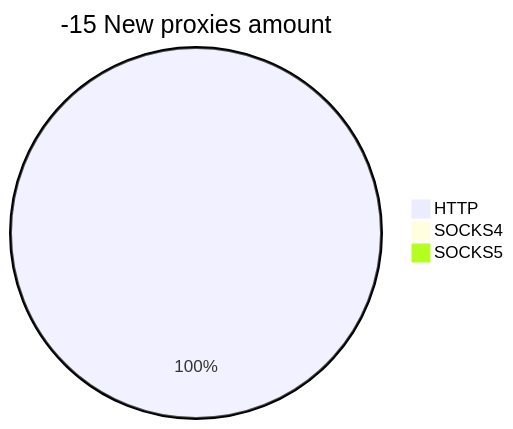
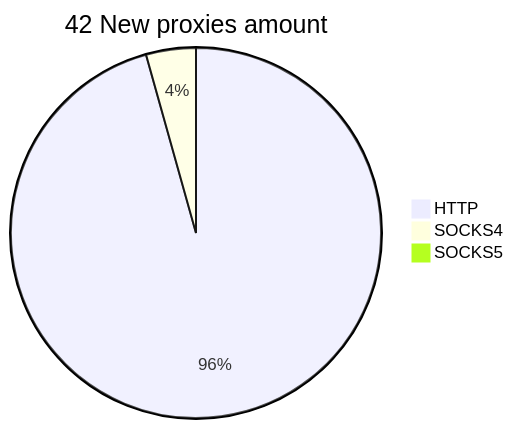
Before and after one commit to cutipu/proxylist: the second of 2 diagrams in README.md, drawn with Mermaid. The commit also changed other lines of this file, not shown here.

````diff
--- a/README.md
+++ b/README.md
@@ -10,6 +10,6 @@
 ```mermaid
-pie title -15 New proxies amount
-    "HTTP" : 1
-    "SOCKS4" : 0
+pie title 42 New proxies amount
+    "HTTP" : 44
+    "SOCKS4" : 2
     "SOCKS5" : 0
 ```
````
